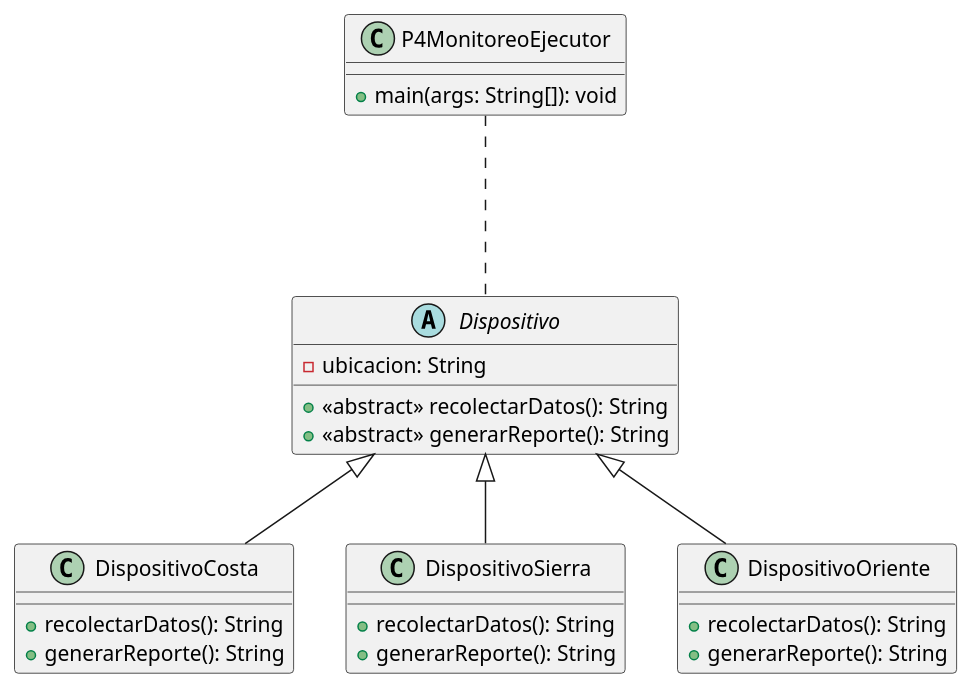
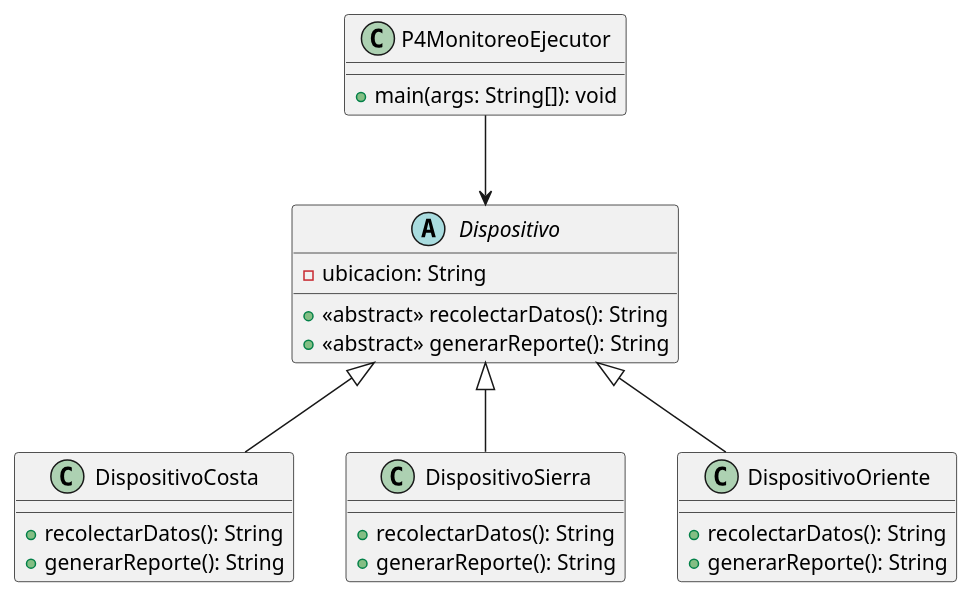
One commit to POO-B-AA25/apeb2-taller8-g2 changed the diagram in Modelos_UML/proplem4.puml. Above: the diagram before and after it, drawn with PlantUML. The commit also changed 7 other files, not shown here.

```diff
--- a/Modelos_UML/proplem4.puml
+++ b/Modelos_UML/proplem4.puml
@@ -1,31 +1,31 @@
 @startuml
 abstract class Dispositivo {
     - ubicacion: String
     + <<abstract>> recolectarDatos(): String
     + <<abstract>> generarReporte(): String
 }
 
 class DispositivoCosta {
     + recolectarDatos(): String
     + generarReporte(): String
 }
 
 class DispositivoSierra {
     + recolectarDatos(): String
     + generarReporte(): String
 }
 
 class DispositivoOriente {
     + recolectarDatos(): String
     + generarReporte(): String
 }
 
 class P4MonitoreoEjecutor {
     + main(args: String[]): void
 }
 
 Dispositivo <|-- DispositivoCosta
 Dispositivo <|-- DispositivoSierra
 Dispositivo <|-- DispositivoOriente
-P4MonitoreoEjecutor ... Dispositivo
+P4MonitoreoEjecutor --> Dispositivo
 @enduml
```
